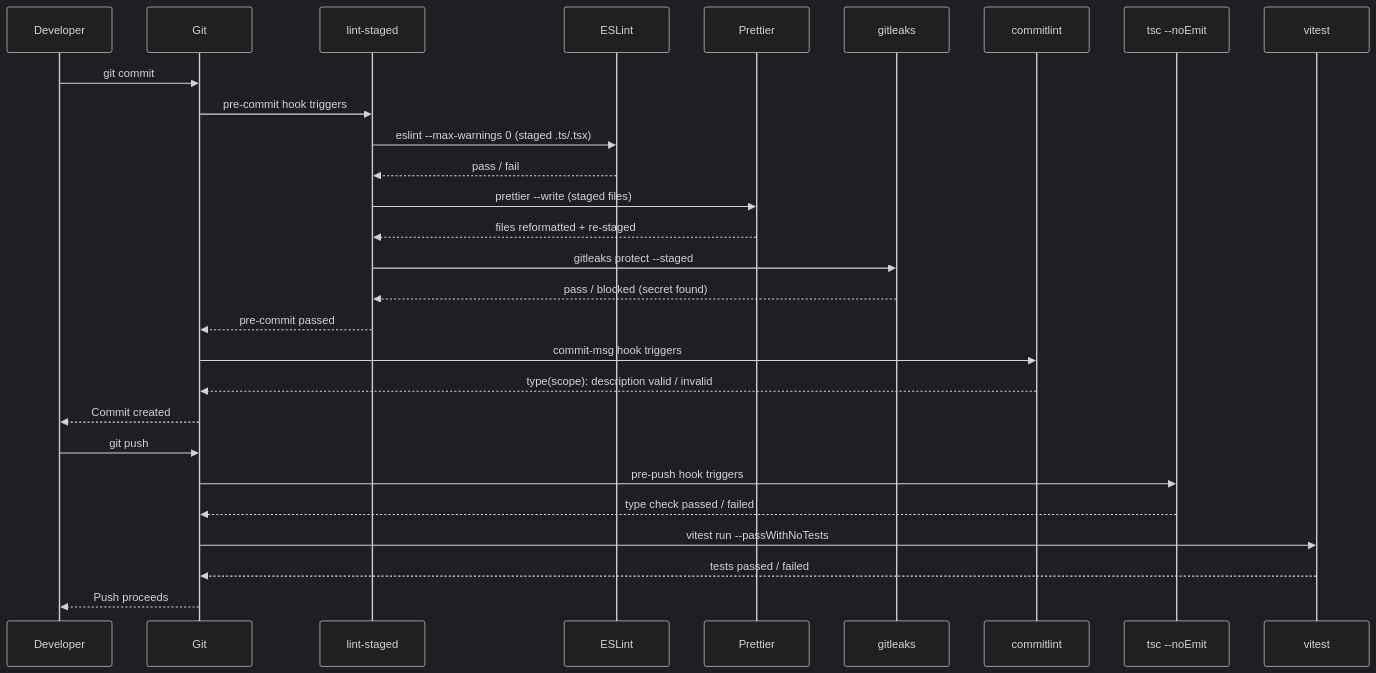
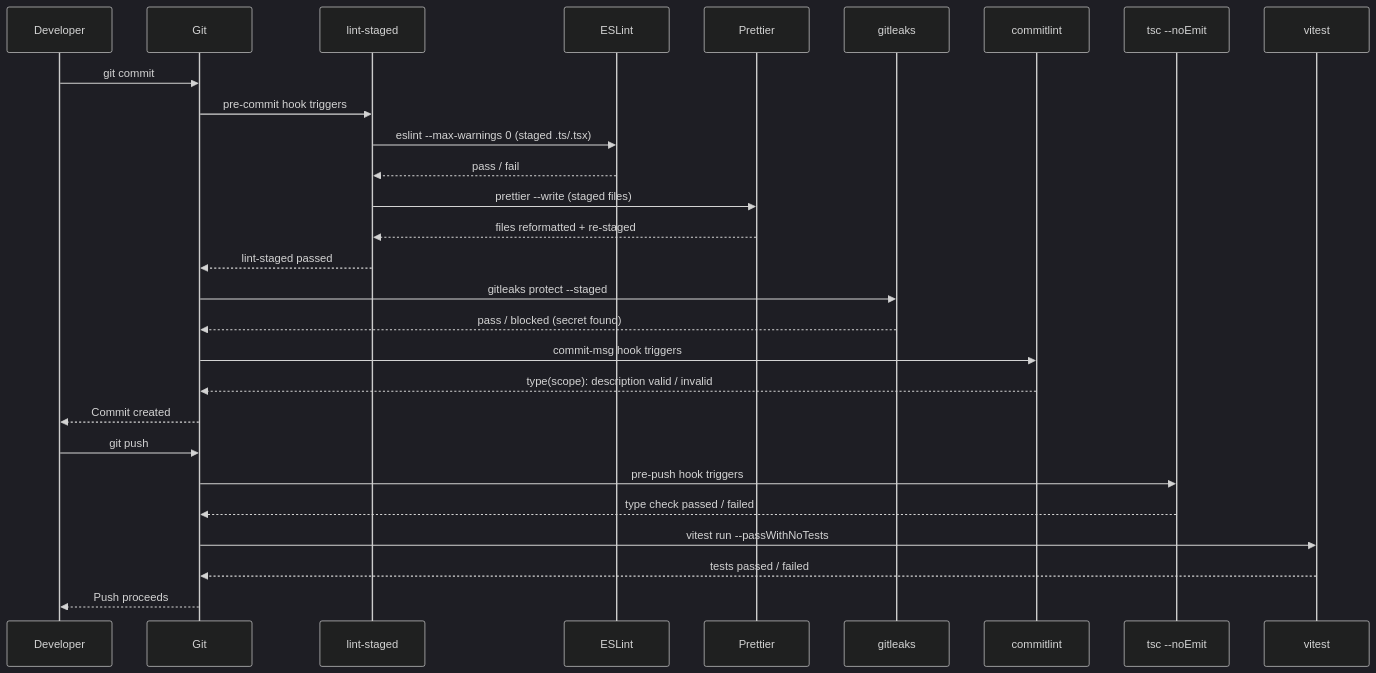
The diagram in docs/en/Developer Experience and Tooling/1603.md (alivedise/frontend-engineering-essentials), drawn with Mermaid (dark theme) before and after one commit. The commit also changed other lines of this file and 1 other file, not shown here.

````diff
--- a/docs/en/Developer Experience and Tooling/1603.md
+++ b/docs/en/Developer Experience and Tooling/1603.md
@@ -183,32 +188,32 @@
 ```mermaid
 sequenceDiagram
     participant Dev as Developer
     participant Git
     participant lintStaged as lint-staged
     participant ESLint
     participant Prettier
     participant gitleaks
     participant commitlint
     participant tsc as tsc --noEmit
     participant vitest
 
     Dev->>Git: git commit
     Git->>lintStaged: pre-commit hook triggers
     lintStaged->>ESLint: eslint --max-warnings 0 (staged .ts/.tsx)
     ESLint-->>lintStaged: pass / fail
     lintStaged->>Prettier: prettier --write (staged files)
     Prettier-->>lintStaged: files reformatted + re-staged
-    lintStaged->>gitleaks: gitleaks protect --staged
-    gitleaks-->>lintStaged: pass / blocked (secret found)
-    lintStaged-->>Git: pre-commit passed
+    lintStaged-->>Git: lint-staged passed
+    Git->>gitleaks: gitleaks protect --staged
+    gitleaks-->>Git: pass / blocked (secret found)
     Git->>commitlint: commit-msg hook triggers
     commitlint-->>Git: type(scope): description valid / invalid
     Git-->>Dev: Commit created
 
     Dev->>Git: git push
     Git->>tsc: pre-push hook triggers
     tsc-->>Git: type check passed / failed
     Git->>vitest: vitest run --passWithNoTests
     vitest-->>Git: tests passed / failed
     Git-->>Dev: Push proceeds
 ```
````
